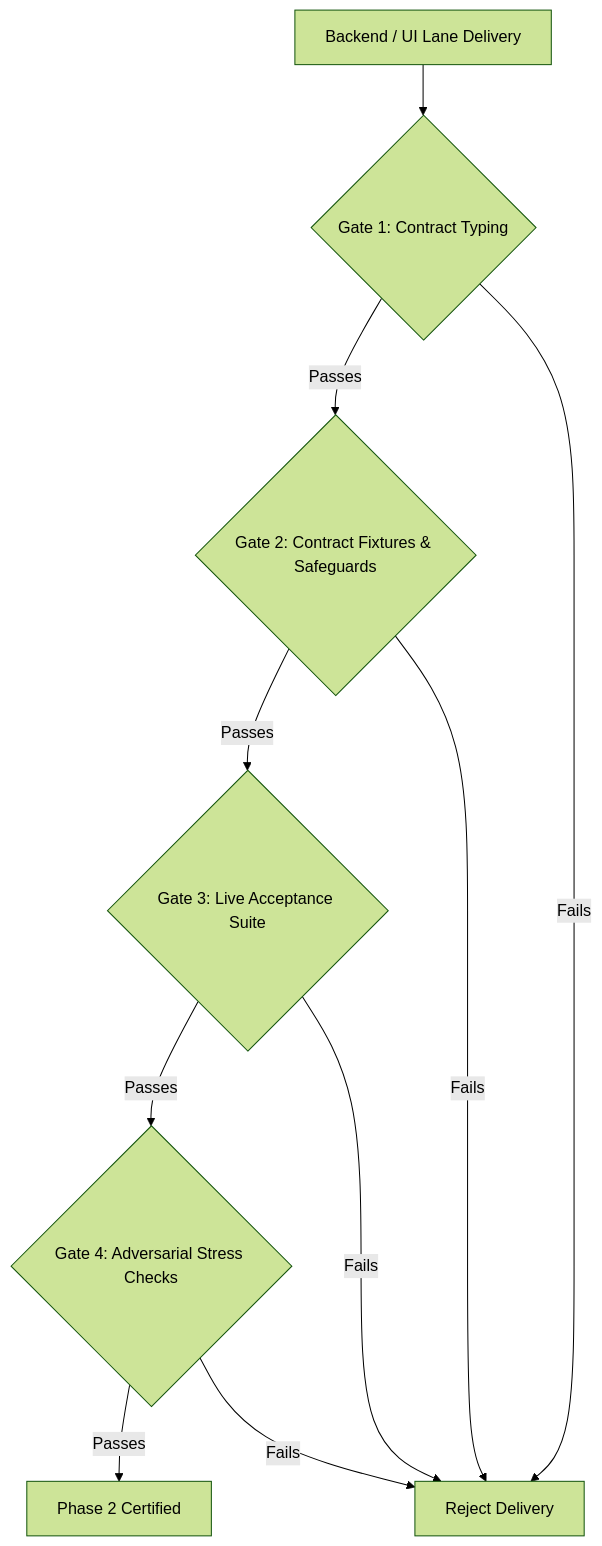
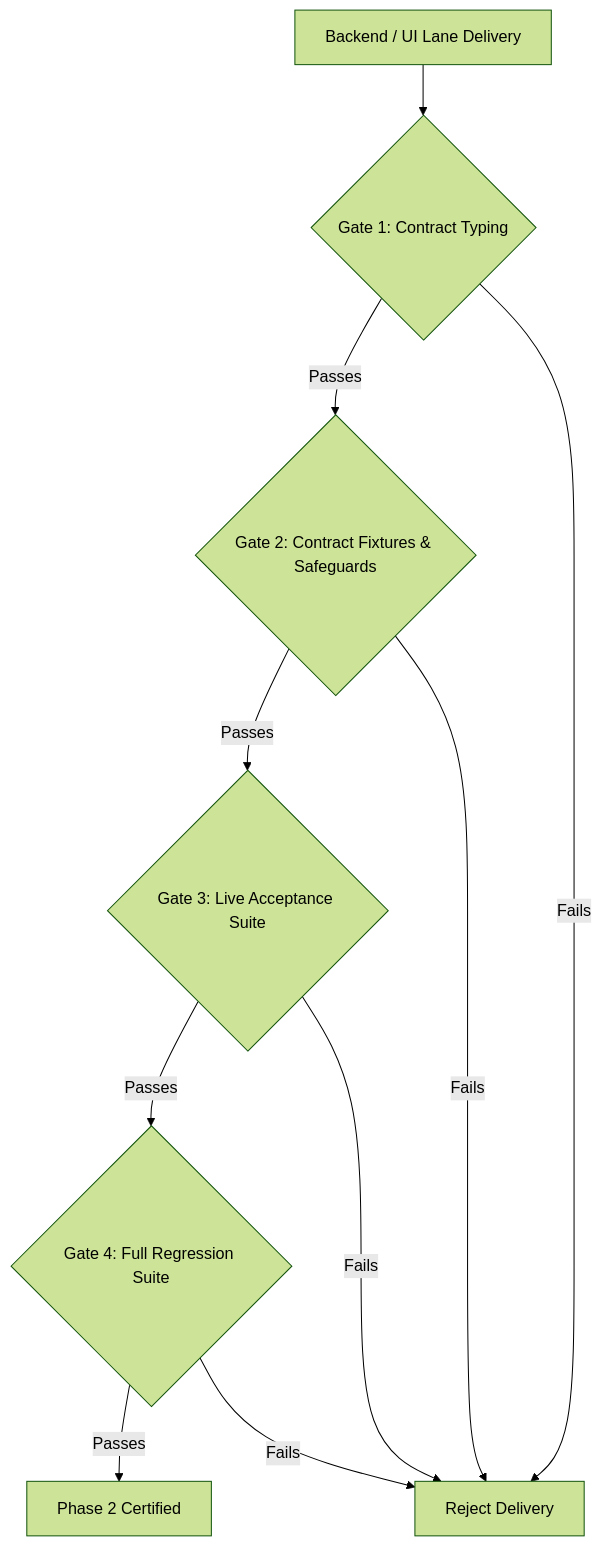
Before and after one commit to Towfienes/LiveLift: the diagram in docs/phase2/audit/INTEGRATION_AUDIT_PLAN.md, drawn with Mermaid (forest theme). The commit also changed other lines of this file and 6 other files, not shown here.

````diff
--- a/docs/phase2/audit/INTEGRATION_AUDIT_PLAN.md
+++ b/docs/phase2/audit/INTEGRATION_AUDIT_PLAN.md
@@ -25,12 +26,12 @@
 ```mermaid
 flowchart TD
     A["Backend / UI Lane Delivery"] --> B{"Gate 1: Contract Typing"}
     B -- Passes --> C{"Gate 2: Contract Fixtures & Safeguards"}
     B -- Fails --> FAIL["Reject Delivery"]
     C -- Passes --> D{"Gate 3: Live Acceptance Suite"}
     C -- Fails --> FAIL
-    D -- Passes --> E{"Gate 4: Adversarial Stress Checks"}
+    D -- Passes --> E{"Gate 4: Full Regression Suite"}
     D -- Fails --> FAIL
     E -- Passes --> PASS["Phase 2 Certified"]
     E -- Fails --> FAIL
 ```
````
